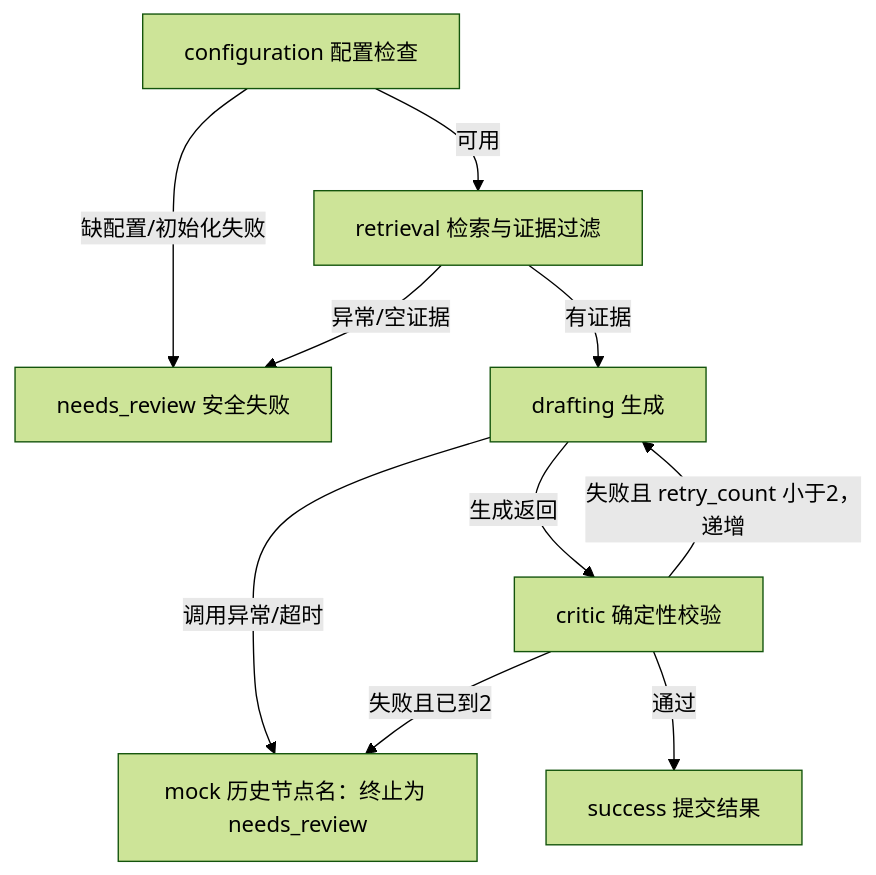
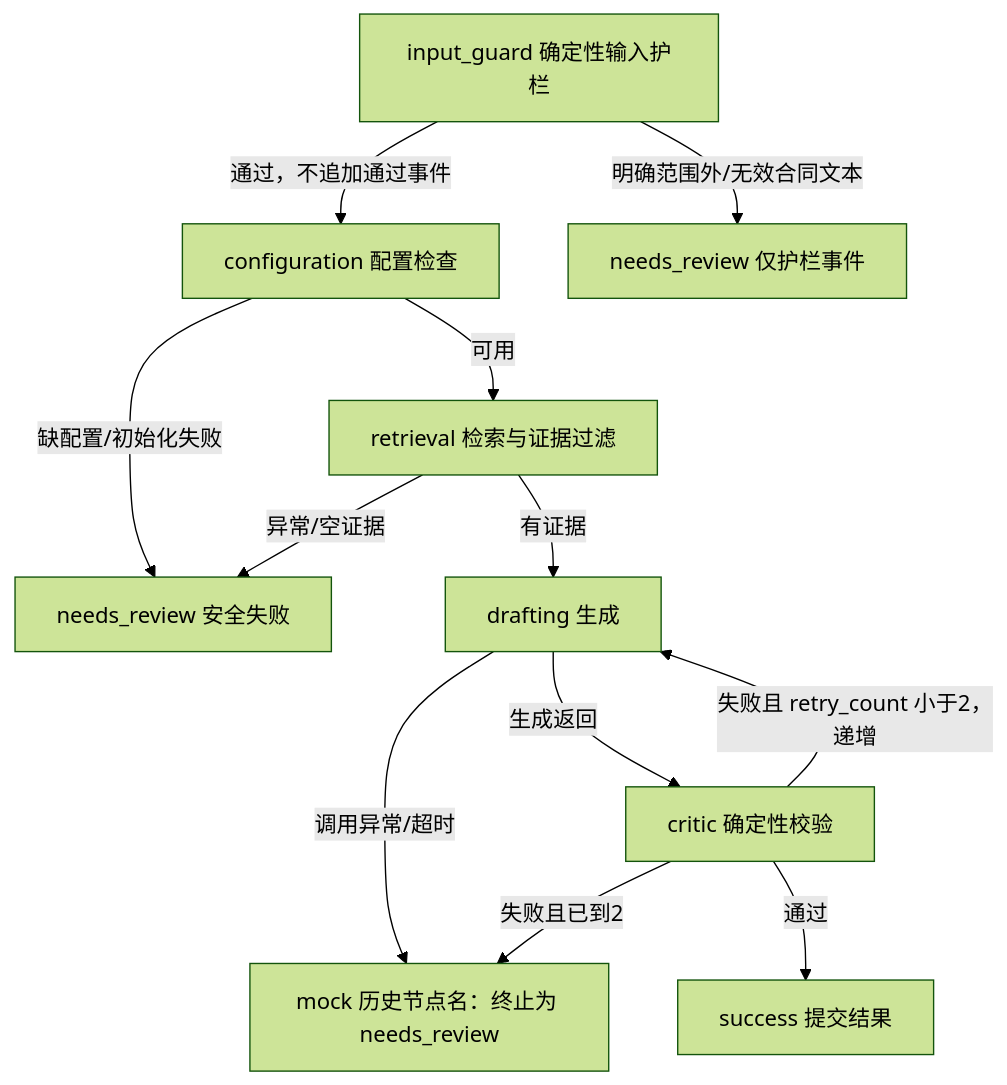
The diagram in docs/specs/spec-02-risk-review.md (wz2626/ZhiZu-Agent), drawn with Mermaid (forest theme) before and after one commit. The commit also changed other lines of this file and 16 other files, not shown here.

````diff
--- a/docs/specs/spec-02-risk-review.md
+++ b/docs/specs/spec-02-risk-review.md
@@ -48,12 +68,14 @@
 ```mermaid
 flowchart TD
+  guard[input_guard 确定性输入护栏] -->|通过，不追加通过事件| config
+  guard -->|明确范围外/无效合同文本| rejected[needs_review 仅护栏事件]
   config[configuration 配置检查] -->|可用| retrieval[retrieval 检索与证据过滤]
   config -->|缺配置/初始化失败| early[needs_review 安全失败]
   retrieval -->|异常/空证据| early
   retrieval -->|有证据| drafting[drafting 生成]
   drafting -->|调用异常/超时| stop[mock 历史节点名：终止为 needs_review]
   drafting -->|生成返回| critic[critic 确定性校验]
   critic -->|通过| success[success 提交结果]
   critic -->|失败且 retry_count 小于2，递增| drafting
   critic -->|失败且已到2| stop
 ```
````
